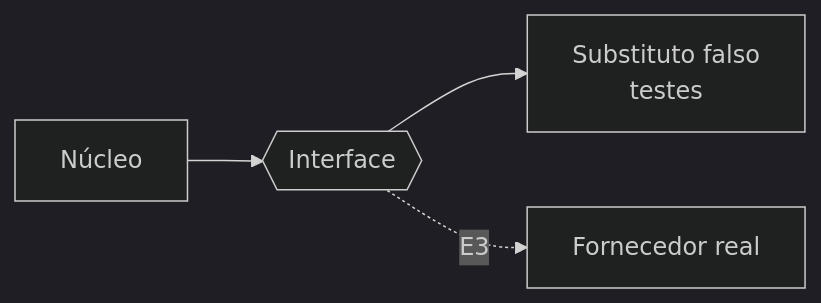
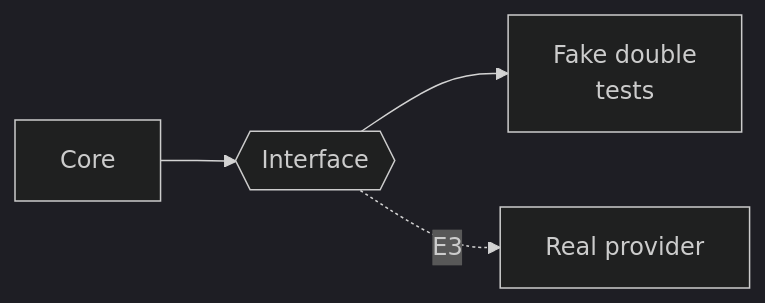
Before and after one commit to enzoconsulo/factory-tcc: the diagram in docs/tasks/en/E2-system-foundation/FAB-203-create-model-and-search-boundaries-with-test-doubl.md, drawn with Mermaid (dark theme). The commit also changed 52 other files, not shown here.

````diff
--- a/docs/tasks/en/E2-system-foundation/FAB-203-create-model-and-search-boundaries-with-test-doubl.md
+++ b/docs/tasks/en/E2-system-foundation/FAB-203-create-model-and-search-boundaries-with-test-doubl.md
@@ -11,6 +11,6 @@
 ```mermaid
 flowchart LR
-  N["Núcleo"] --> I{{"Interface"}}
-  I --> F["Substituto falso<br/>testes"]
-  I -. "E3" .-> R["Fornecedor real"]
+  N["Core"] --> I{{"Interface"}}
+  I --> F["Fake double<br/>tests"]
+  I -. "E3" .-> R["Real provider"]
 ```
````
